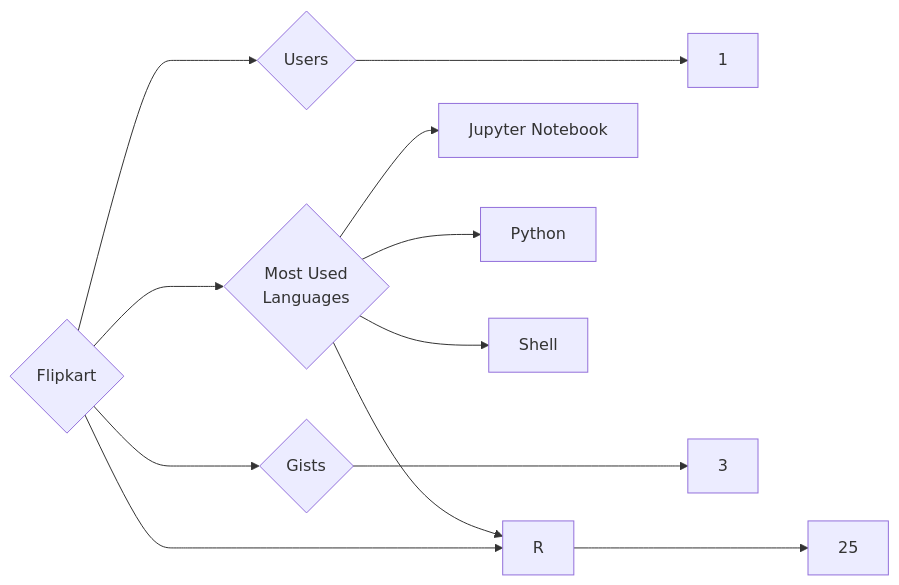
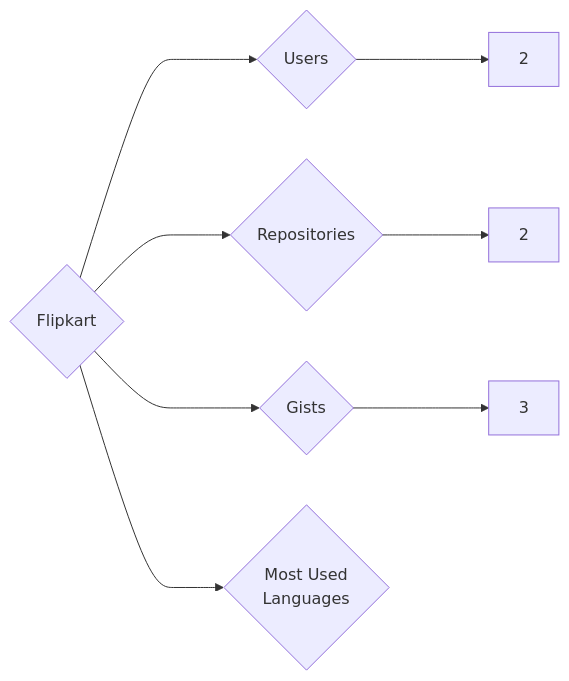
The diagram in targets/Flipkart/README.md (trickest/insiders), drawn with Mermaid before and after one commit. The commit also changed 553 other files, not shown here.

````diff
--- a/targets/Flipkart/README.md
+++ b/targets/Flipkart/README.md
@@ -3,12 +3,8 @@
 ```mermaid
 graph LR
 COMPANY_NAME{Flipkart}
-COMPANY_NAME ---> U{Users} ---> UN[1]
-COMPANY_NAME ---> R{Repositories} ---> RN[25]
+COMPANY_NAME ---> U{Users} ---> UN[2]
+COMPANY_NAME ---> R{Repositories} ---> RN[2]
 COMPANY_NAME ---> G{Gists} ---> GN[3]
 COMPANY_NAME ---> ML{Most Used<br>Languages}
-ML --> Jupyter_Notebook[Jupyter Notebook]
-ML --> Python[Python]
-ML --> Shell[Shell]
-ML --> R[R]
 ```
````
